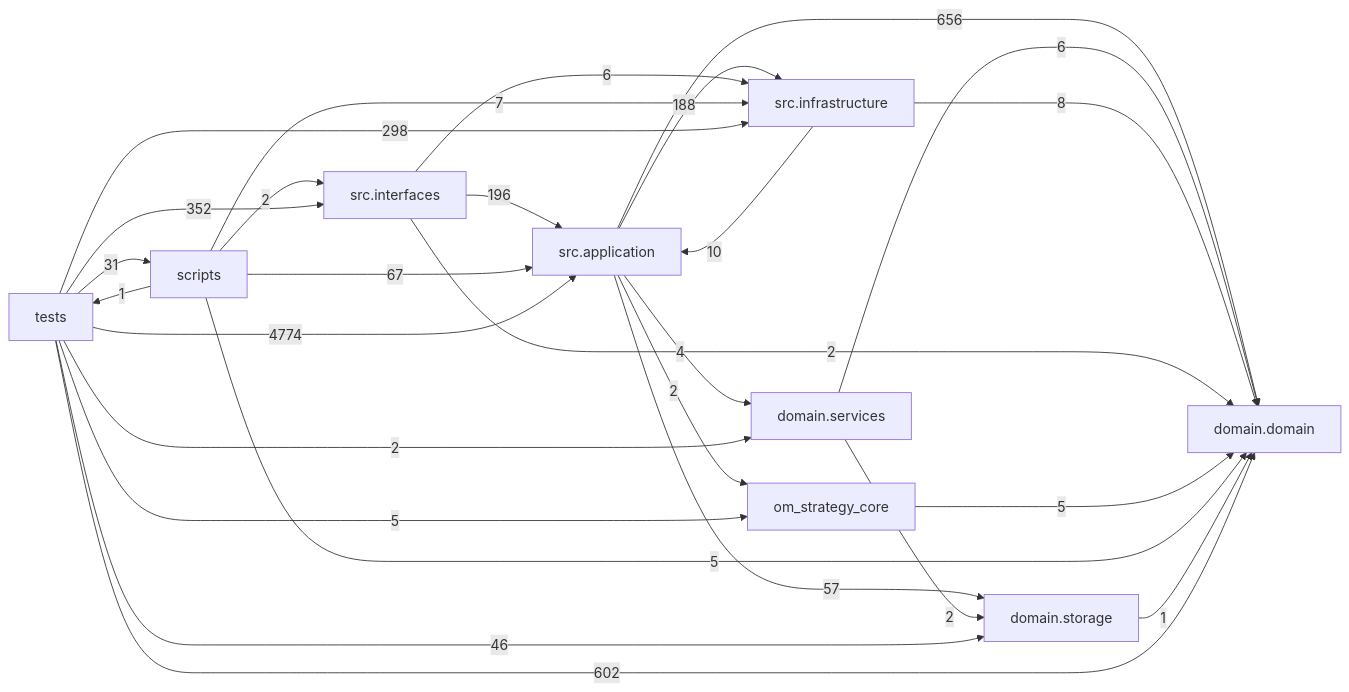
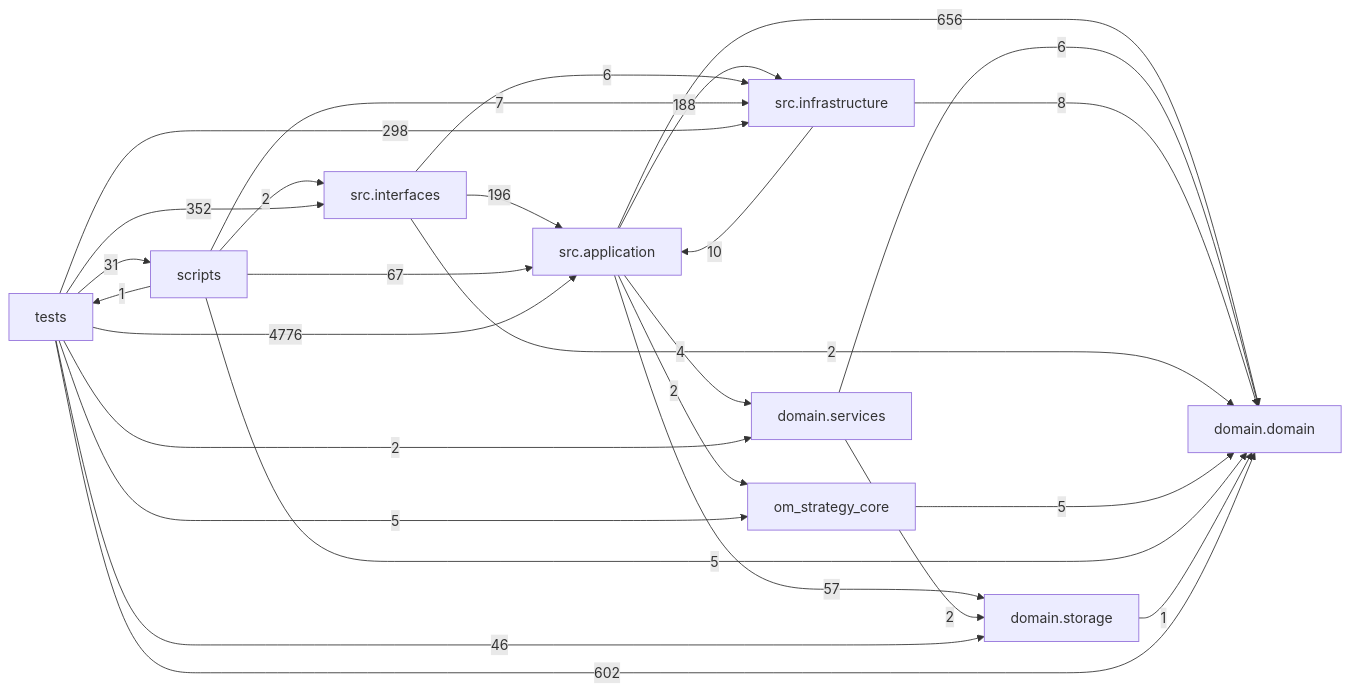
Before and after one commit to liuxie066/options-monitor: the diagram in docs/DEPENDENCY_GRAPH.md, drawn with Mermaid. The commit also changed other lines of this file and 2 other files, not shown here.

````diff
--- a/docs/DEPENDENCY_GRAPH.md
+++ b/docs/DEPENDENCY_GRAPH.md
@@ -24,38 +24,38 @@
 ```mermaid
 flowchart LR
   tests["tests"]
   scripts["scripts"]
   interfaces["src.interfaces"]
   application["src.application"]
   infrastructure["src.infrastructure"]
   domain_services["domain.services"]
   domain["domain.domain"]
   storage["domain.storage"]
   application -->|656| domain
   application -->|4| domain_services
   application -->|188| infrastructure
   application -->|2| om_strategy_core
   application -->|57| storage
   domain_services -->|6| domain
   domain_services -->|2| storage
   infrastructure -->|10| application
   infrastructure -->|8| domain
   interfaces -->|196| application
   interfaces -->|2| domain
   interfaces -->|6| infrastructure
   om_strategy_core -->|5| domain
   scripts -->|67| application
   scripts -->|5| domain
   scripts -->|7| infrastructure
   scripts -->|2| interfaces
   scripts -->|1| tests
   storage -->|1| domain
-  tests -->|4774| application
+  tests -->|4776| application
   tests -->|602| domain
   tests -->|2| domain_services
   tests -->|298| infrastructure
   tests -->|352| interfaces
   tests -->|5| om_strategy_core
   tests -->|31| scripts
   tests -->|46| storage
 ```
````
